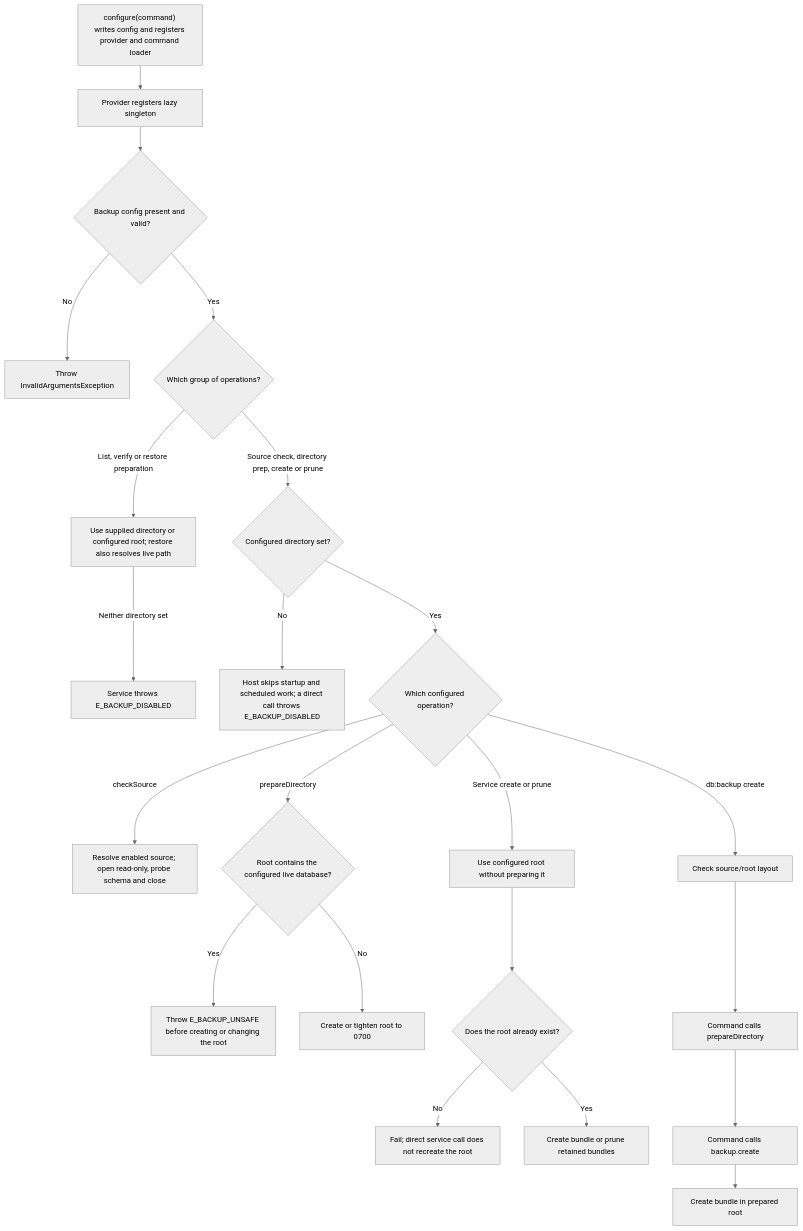
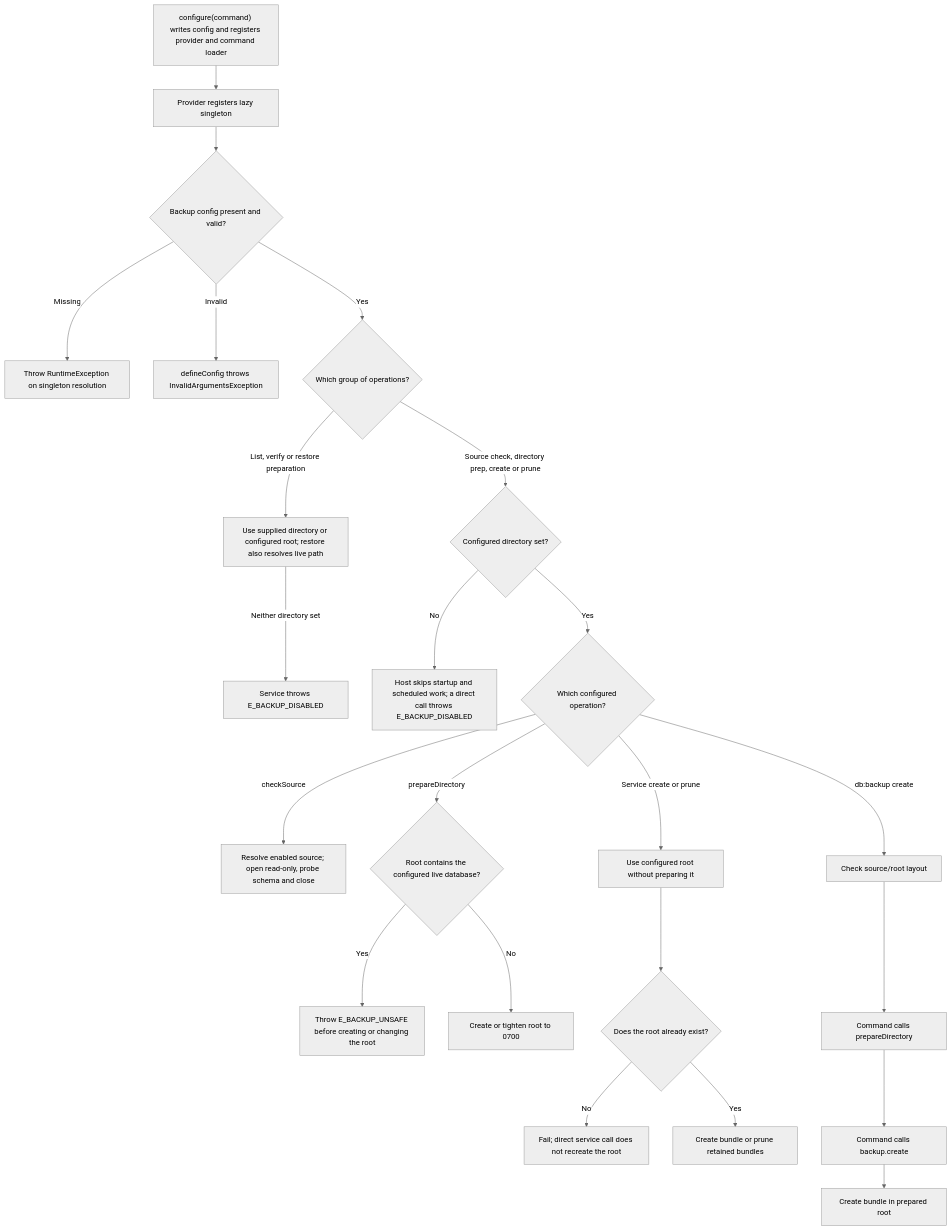
One commit to Kevinjohn/oss-adonisjs-sqlite-backup changed the second of 2 diagrams in user-stories/setup/us-setup-01-configure-backups.md. Above: the diagram before and after it, drawn with Mermaid (neutral theme). The commit also changed other lines of this file and 13 other files, not shown here.

````diff
--- a/user-stories/setup/us-setup-01-configure-backups.md
+++ b/user-stories/setup/us-setup-01-configure-backups.md
@@ -48,24 +48,25 @@
 ```mermaid
 flowchart TD
     A["configure(command) writes config and registers provider and command loader"] --> B["Provider registers lazy singleton"]
     B --> B1{"Backup config present and valid?"}
-    B1 -->|No| X["Throw InvalidArgumentsException"]
+    B1 -->|Missing| X["Throw RuntimeException on singleton resolution"]
+    B1 -->|Invalid| X1["defineConfig throws InvalidArgumentsException"]
     B1 -->|Yes| O{"Which group of operations?"}
     O -->|List, verify or restore preparation| R["Use supplied directory or configured root; restore also resolves live path"]
     R -->|Neither directory set| F0["Service throws E_BACKUP_DISABLED"]
     O -->|Source check, directory prep, create or prune| D0{"Configured directory set?"}
     D0 -->|No| F1["Host skips startup and scheduled work; a direct call throws E_BACKUP_DISABLED"]
     D0 -->|Yes| C{"Which configured operation?"}
     C -->|checkSource| S["Resolve enabled source; open read-only, probe schema and close"]
     C -->|prepareDirectory| P1{"Root contains the configured live database?"}
     P1 -->|Yes| P2["Throw E_BACKUP_UNSAFE before creating or changing the root"]
     P1 -->|No| P["Create or tighten root to 0700"]
     C -->|Service create or prune| D["Use configured root without preparing it"]
     D --> E{"Does the root already exist?"}
     E -->|No| F["Fail; direct service call does not recreate the root"]
     E -->|Yes| G["Create bundle or prune retained bundles"]
     C -->|db:backup create| H1["Check source/root layout"]
     H1 --> H["Command calls prepareDirectory"]
     H --> I["Command calls backup.create"]
     I --> J["Create bundle in prepared root"]
 ```
````
